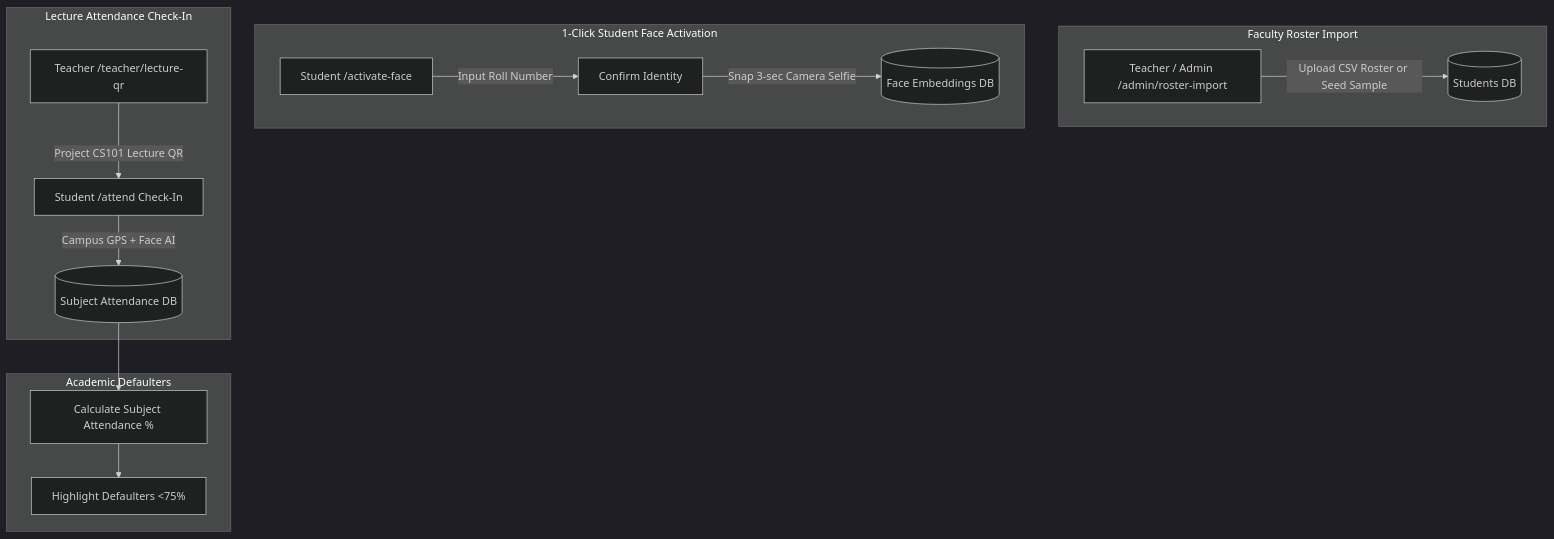
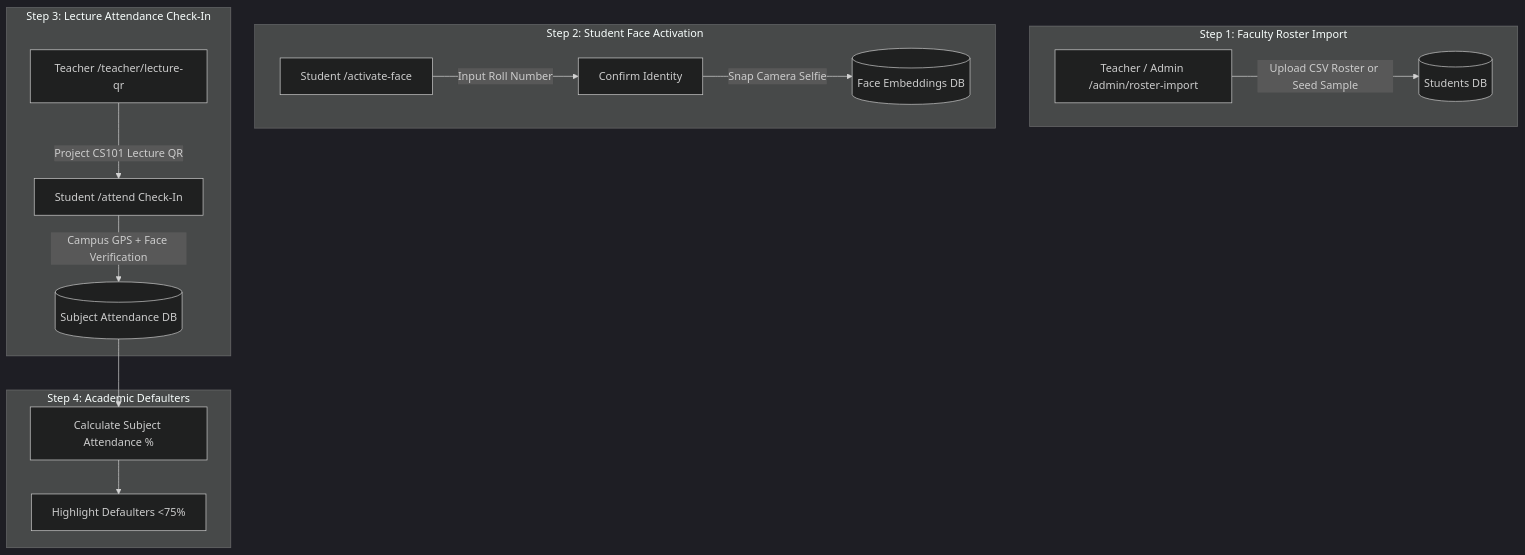
The diagram in docs/1_SRS_DOCUMENT.md (muhammadashraf23/qr-attendance-system), drawn with Mermaid (dark theme) before and after one commit. The commit also changed other lines of this file and 15 other files, not shown here.

````diff
--- a/docs/1_SRS_DOCUMENT.md
+++ b/docs/1_SRS_DOCUMENT.md
@@ -20,21 +20,21 @@
 ```mermaid
 flowchart TD
-    subgraph Step 1 [Faculty Roster Import]
-        T[Teacher / Admin /admin/roster-import] -->|Upload CSV Roster or Seed Sample| R[(Students DB)]
+    subgraph Step1 ["Step 1: Faculty Roster Import"]
+        T["Teacher / Admin /admin/roster-import"] -->|"Upload CSV Roster or Seed Sample"| R[(Students DB)]
     end
 
-    subgraph Step 2 [1-Click Student Face Activation]
-        S[Student /activate-face] -->|Input Roll Number| Conf[Confirm Identity]
-        Conf -->|Snap 3-sec Camera Selfie| FaceDB[(Face Embeddings DB)]
+    subgraph Step2 ["Step 2: Student Face Activation"]
+        S["Student /activate-face"] -->|"Input Roll Number"| Conf["Confirm Identity"]
+        Conf -->|"Snap Camera Selfie"| FaceDB[(Face Embeddings DB)]
     end
 
-    subgraph Step 3 [Lecture Attendance Check-In]
-        L[Teacher /teacher/lecture-qr] -->|Project CS101 Lecture QR| Kiosk[Student /attend Check-In]
-        Kiosk -->|Campus GPS + Face AI| LogDB[(Subject Attendance DB)]
+    subgraph Step3 ["Step 3: Lecture Attendance Check-In"]
+        L["Teacher /teacher/lecture-qr"] -->|"Project CS101 Lecture QR"| Kiosk["Student /attend Check-In"]
+        Kiosk -->|"Campus GPS + Face Verification"| LogDB[(Subject Attendance DB)]
     end
 
-    subgraph Step 4 [Academic Defaulters]
-        LogDB --> Analytics[Calculate Subject Attendance %]
-        Analytics --> Defaulter[Highlight Defaulters <75%]
+    subgraph Step4 ["Step 4: Academic Defaulters"]
+        LogDB --> Analytics["Calculate Subject Attendance %"]
+        Analytics --> Defaulter["Highlight Defaulters <75%"]
     end
 ```
````
